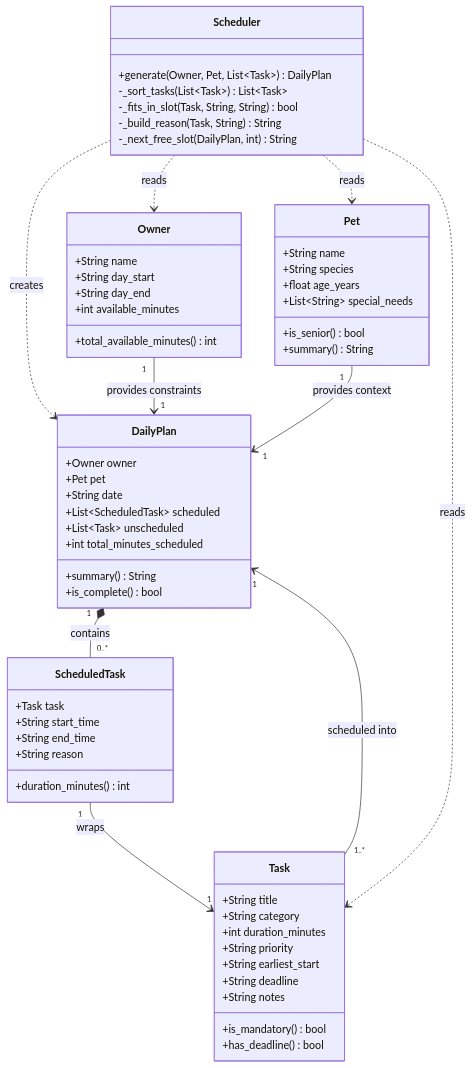
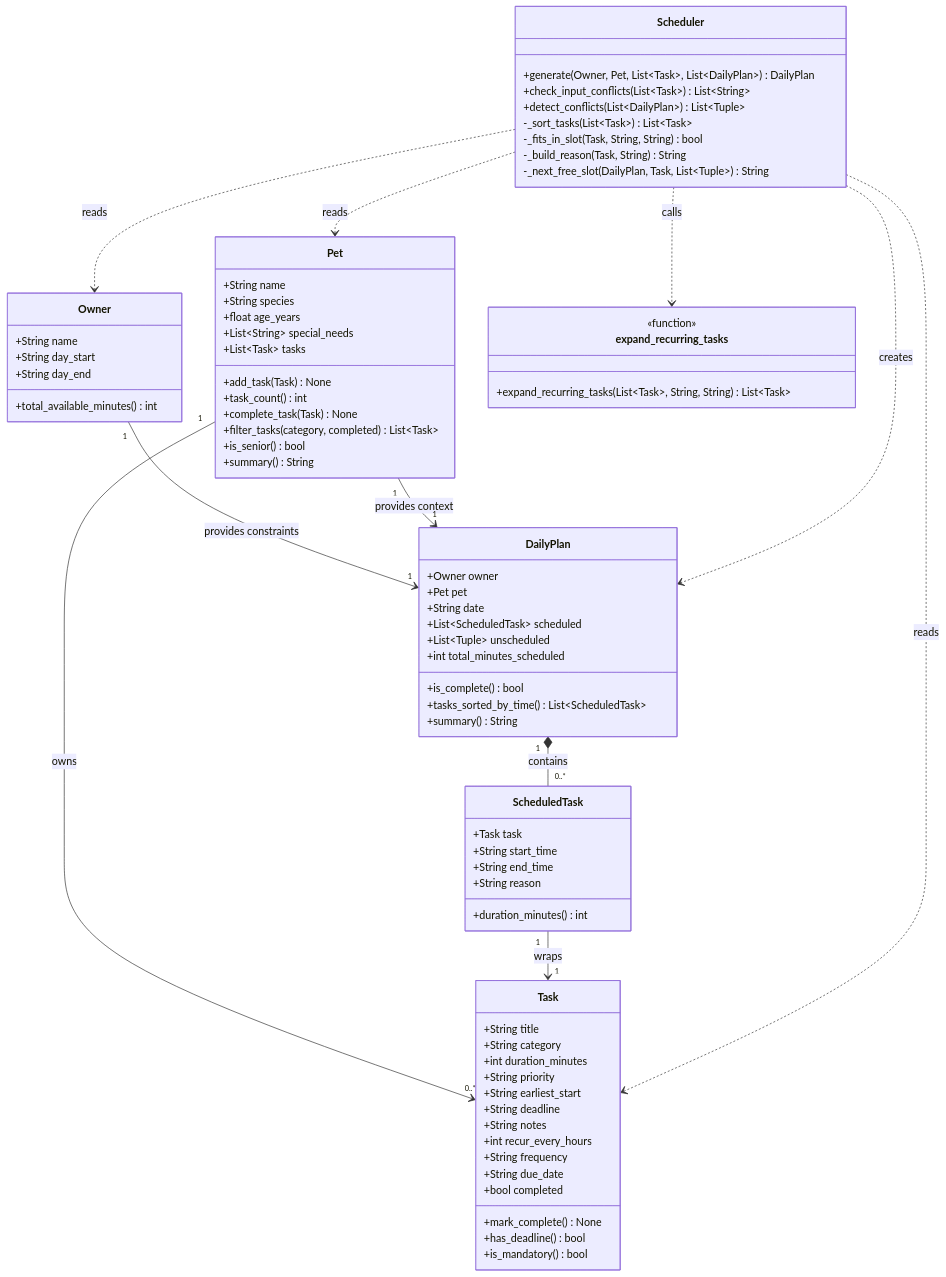
One commit to LelinZheng/ai110-module2show-pawpal-starter changed the diagram in reflection.md. Above: the diagram before and after it, drawn with Mermaid. The commit also changed 3 other files, not shown here.

First line of the commit message:
docs: update final UML diagram and improve schedule UI display

````diff
--- a/reflection.md
+++ b/reflection.md
@@ -22,7 +22,6 @@
         +String name
         +String day_start
         +String day_end
-        +int available_minutes
         +total_available_minutes() int
     }
 
@@ -31,6 +30,11 @@
         +String species
         +float age_years
         +List~String~ special_needs
+        +List~Task~ tasks
+        +add_task(Task) None
+        +task_count() int
+        +complete_task(Task) None
+        +filter_tasks(category, completed) List~Task~
         +is_senior() bool
         +summary() String
     }
@@ -43,8 +47,13 @@
         +String earliest_start
         +String deadline
         +String notes
+        +int recur_every_hours
+        +String frequency
+        +String due_date
+        +bool completed
+        +mark_complete() None
+        +has_deadline() bool
         +is_mandatory() bool
-        +has_deadline() bool
     }
 
     class ScheduledTask {
@@ -60,27 +69,36 @@
         +Pet pet
         +String date
         +List~ScheduledTask~ scheduled
-        +List~Task~ unscheduled
+        +List~Tuple~ unscheduled
         +int total_minutes_scheduled
+        +is_complete() bool
+        +tasks_sorted_by_time() List~ScheduledTask~
         +summary() String
-        +is_complete() bool
     }
 
     class Scheduler {
-        +generate(Owner, Pet, List~Task~) DailyPlan
+        +generate(Owner, Pet, List~Task~, List~DailyPlan~) DailyPlan
+        +check_input_conflicts(List~Task~) List~String~
+        +detect_conflicts(List~DailyPlan~) List~Tuple~
         -_sort_tasks(List~Task~) List~Task~
         -_fits_in_slot(Task, String, String) bool
         -_build_reason(Task, String) String
-        -_next_free_slot(DailyPlan, int) String
+        -_next_free_slot(DailyPlan, Task, List~Tuple~) String
+    }
+
+    class expand_recurring_tasks {
+        <<function>>
+        +expand_recurring_tasks(List~Task~, String, String) List~Task~
     }
 
     Owner "1" --> "1" DailyPlan : provides constraints
+    Pet "1" --> "0..*" Task : owns
     Pet "1" --> "1" DailyPlan : provides context
-    Task "1..*" --> "1" DailyPlan : scheduled into
     DailyPlan "1" *-- "0..*" ScheduledTask : contains
     ScheduledTask "1" --> "1" Task : wraps
     Scheduler ..> DailyPlan : creates
     Scheduler ..> Owner : reads
     Scheduler ..> Pet : reads
     Scheduler ..> Task : reads
+    Scheduler ..> expand_recurring_tasks : calls
 ```
````
